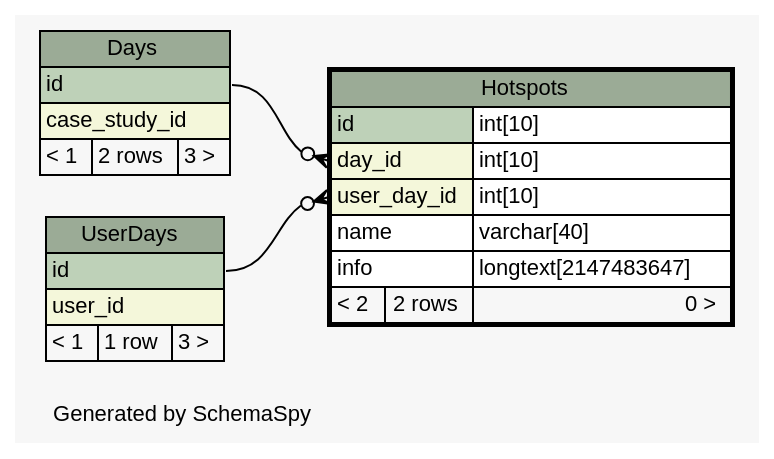
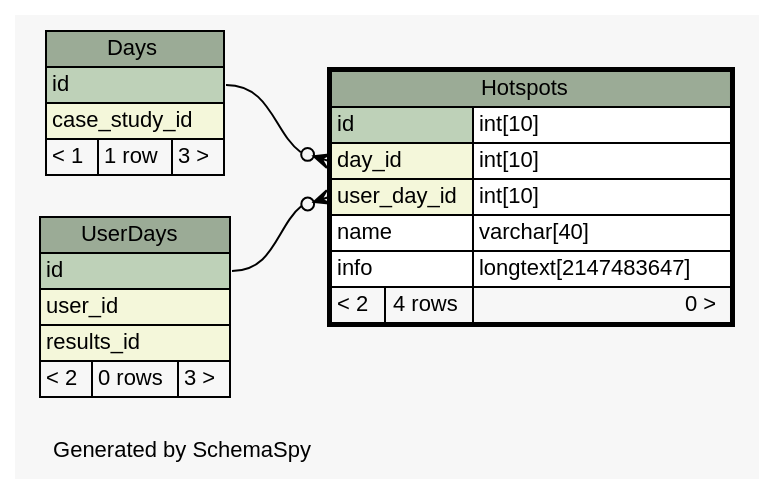
The diagram in web/files/schema/diagrams/Hotspots.1degree.dot (carrel2/CaseStudies), drawn with Graphviz before and after one commit. The commit also changed 175 other files, not shown here.

```diff
--- a/web/files/schema/diagrams/Hotspots.1degree.dot
+++ b/web/files/schema/diagrams/Hotspots.1degree.dot
@@ -1,60 +1,61 @@
-// dot 2.38.0 on Linux 4.4.0-64-generic
+// dot 2.38.0 on Linux 4.4.0-66-generic
 // SchemaSpy rev 590
 digraph "oneDegreeRelationshipsDiagram" {
   graph [
     rankdir="RL"
     bgcolor="#f7f7f7"
     label="\nGenerated by SchemaSpy"
     labeljust="l"
     nodesep="0.18"
     ranksep="0.46"
     fontname="Helvetica"
     fontsize="11"
   ];
   node [
     fontname="Helvetica"
     fontsize="11"
     shape="plaintext"
   ];
   edge [
     arrowsize="0.8"
   ];
   "Hotspots":"day_id":w -> "Days":"id":e [arrowhead=none dir=back arrowtail=crowodot];
   "Hotspots":"user_day_id":w -> "UserDays":"id":e [arrowhead=none dir=back arrowtail=crowodot];
   "Days" [
     label=<
     <TABLE BORDER="0" CELLBORDER="1" CELLSPACING="0" BGCOLOR="#ffffff">
       <TR><TD COLSPAN="3" BGCOLOR="#9bab96" ALIGN="CENTER">Days</TD></TR>
       <TR><TD PORT="id" COLSPAN="3" BGCOLOR="#bed1b8" ALIGN="LEFT">id</TD></TR>
       <TR><TD PORT="case_study_id" COLSPAN="3" BGCOLOR="#f4f7da" ALIGN="LEFT">case_study_id</TD></TR>
-      <TR><TD ALIGN="LEFT" BGCOLOR="#f7f7f7">&lt; 1</TD><TD ALIGN="RIGHT" BGCOLOR="#f7f7f7">2 rows</TD><TD ALIGN="RIGHT" BGCOLOR="#f7f7f7">3 &gt;</TD></TR>
+      <TR><TD ALIGN="LEFT" BGCOLOR="#f7f7f7">&lt; 1</TD><TD ALIGN="RIGHT" BGCOLOR="#f7f7f7">1 row</TD><TD ALIGN="RIGHT" BGCOLOR="#f7f7f7">3 &gt;</TD></TR>
     </TABLE>>
     URL="Days.html"
     tooltip="Days"
   ];
   "Hotspots" [
     label=<
     <TABLE BORDER="2" CELLBORDER="1" CELLSPACING="0" BGCOLOR="#ffffff">
       <TR><TD COLSPAN="3" BGCOLOR="#9bab96" ALIGN="CENTER">Hotspots</TD></TR>
       <TR><TD PORT="id" COLSPAN="2" BGCOLOR="#bed1b8" ALIGN="LEFT">id</TD><TD PORT="id.type" ALIGN="LEFT">int[10]</TD></TR>
       <TR><TD PORT="day_id" COLSPAN="2" BGCOLOR="#f4f7da" ALIGN="LEFT">day_id</TD><TD PORT="day_id.type" ALIGN="LEFT">int[10]</TD></TR>
       <TR><TD PORT="user_day_id" COLSPAN="2" BGCOLOR="#f4f7da" ALIGN="LEFT">user_day_id</TD><TD PORT="user_day_id.type" ALIGN="LEFT">int[10]</TD></TR>
       <TR><TD PORT="name" COLSPAN="2" ALIGN="LEFT">name</TD><TD PORT="name.type" ALIGN="LEFT">varchar[40]</TD></TR>
       <TR><TD PORT="info" COLSPAN="2" ALIGN="LEFT">info</TD><TD PORT="info.type" ALIGN="LEFT">longtext[2147483647]</TD></TR>
-      <TR><TD ALIGN="LEFT" BGCOLOR="#f7f7f7">&lt; 2</TD><TD ALIGN="RIGHT" BGCOLOR="#f7f7f7">2 rows</TD><TD ALIGN="RIGHT" BGCOLOR="#f7f7f7">0 &gt;</TD></TR>
+      <TR><TD ALIGN="LEFT" BGCOLOR="#f7f7f7">&lt; 2</TD><TD ALIGN="RIGHT" BGCOLOR="#f7f7f7">4 rows</TD><TD ALIGN="RIGHT" BGCOLOR="#f7f7f7">0 &gt;</TD></TR>
     </TABLE>>
     URL="Hotspots.html"
     tooltip="Hotspots"
   ];
   "UserDays" [
     label=<
     <TABLE BORDER="0" CELLBORDER="1" CELLSPACING="0" BGCOLOR="#ffffff">
       <TR><TD COLSPAN="3" BGCOLOR="#9bab96" ALIGN="CENTER">UserDays</TD></TR>
       <TR><TD PORT="id" COLSPAN="3" BGCOLOR="#bed1b8" ALIGN="LEFT">id</TD></TR>
       <TR><TD PORT="user_id" COLSPAN="3" BGCOLOR="#f4f7da" ALIGN="LEFT">user_id</TD></TR>
-      <TR><TD ALIGN="LEFT" BGCOLOR="#f7f7f7">&lt; 1</TD><TD ALIGN="RIGHT" BGCOLOR="#f7f7f7">1 row</TD><TD ALIGN="RIGHT" BGCOLOR="#f7f7f7">3 &gt;</TD></TR>
+      <TR><TD PORT="results_id" COLSPAN="3" BGCOLOR="#f4f7da" ALIGN="LEFT">results_id</TD></TR>
+      <TR><TD ALIGN="LEFT" BGCOLOR="#f7f7f7">&lt; 2</TD><TD ALIGN="RIGHT" BGCOLOR="#f7f7f7">0 rows</TD><TD ALIGN="RIGHT" BGCOLOR="#f7f7f7">3 &gt;</TD></TR>
     </TABLE>>
     URL="UserDays.html"
     tooltip="UserDays"
   ];
 }
```
